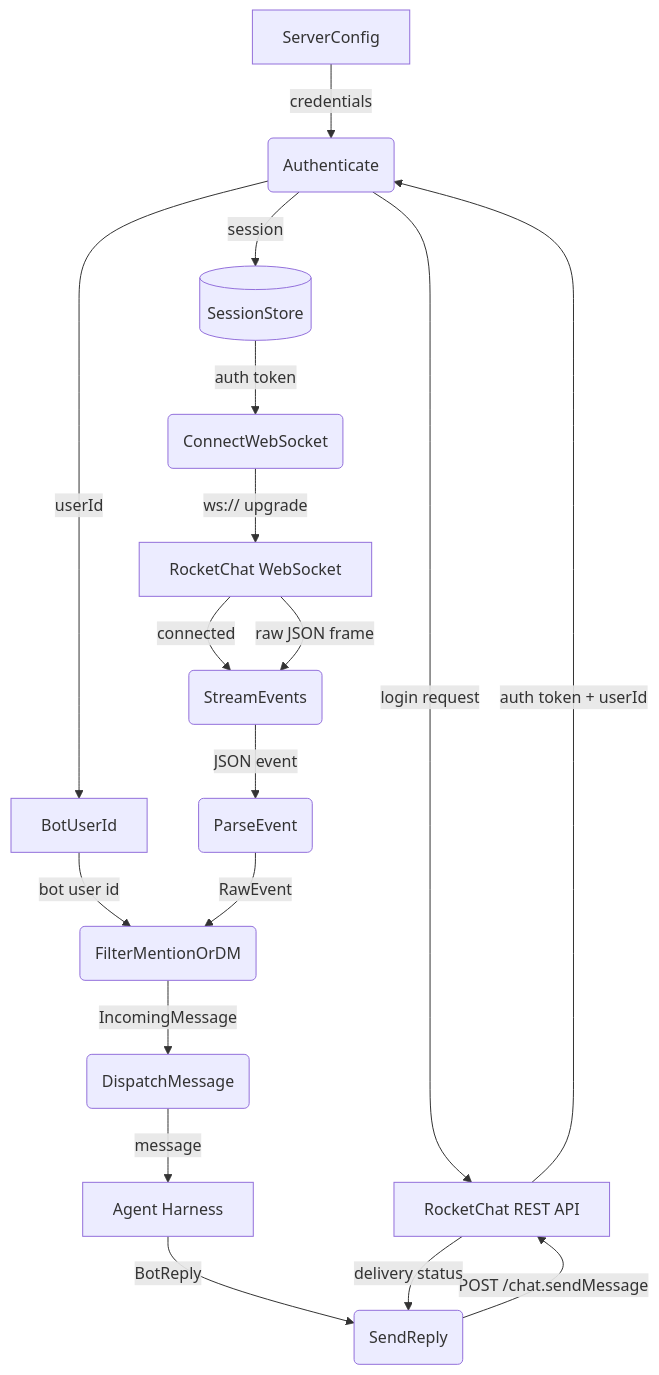
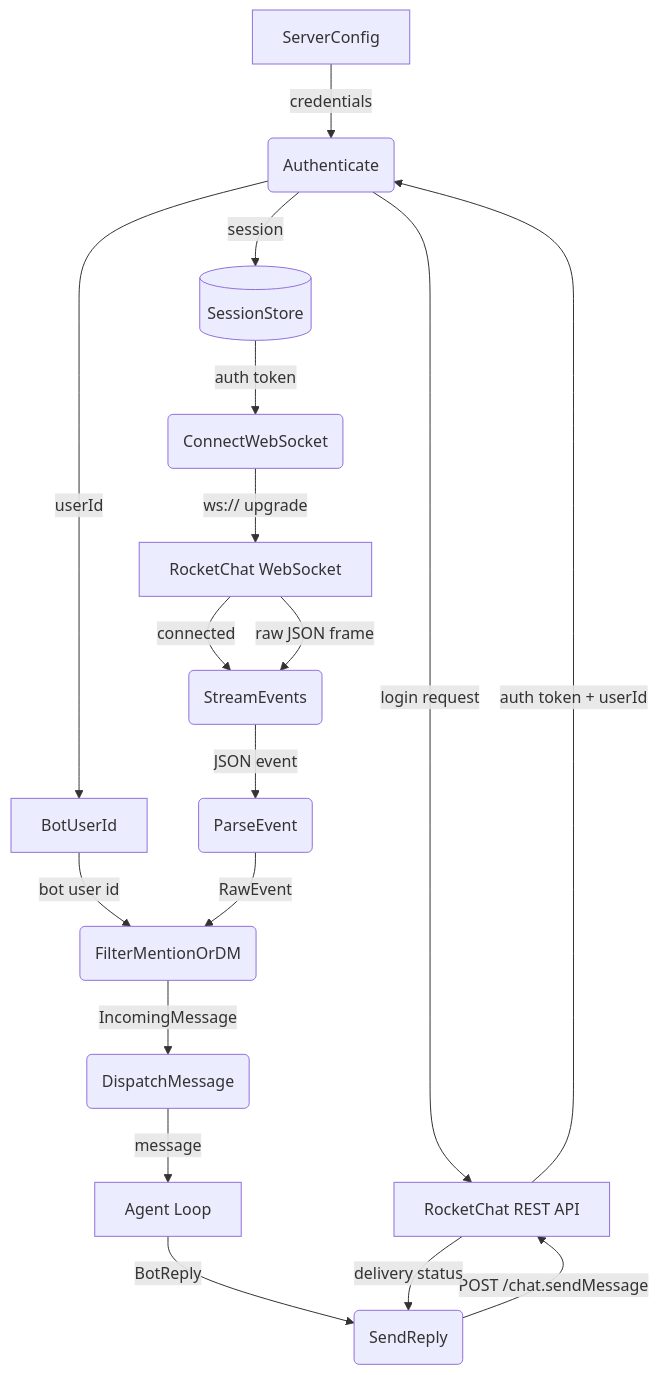
Before and after one commit to cosmoswafer/rockbot: the first of 3 diagrams in _dfds/rocketchat.md, drawn with Mermaid. The commit also changed other lines of this file and 3 other files, not shown here.

````diff
--- a/_dfds/rocketchat.md
+++ b/_dfds/rocketchat.md
@@ -18,34 +18,34 @@
 ```mermaid
 flowchart TD
     CFG[ServerConfig]
     AUTH(Authenticate)
     SESSION[(SessionStore)]
     CONNECT(ConnectWebSocket)
     STREAM(StreamEvents)
     PARSE(ParseEvent)
     FILTER(FilterMentionOrDM)
     DISPATCH(DispatchMessage)
     SEND(SendReply)
     BOT_USER[BotUserId]
-    HARNESS[Agent Harness]
+    HARNESS[Agent Loop]
     RC_API[RocketChat REST API]
     RC_WS[RocketChat WebSocket]
 
     CFG -->|"credentials"| AUTH
     AUTH -->|"login request"| RC_API
     RC_API -->|"auth token + userId"| AUTH
     AUTH -->|"session"| SESSION
     AUTH -->|"userId"| BOT_USER
     SESSION -->|"auth token"| CONNECT
     CONNECT -->|"ws:// upgrade"| RC_WS
     RC_WS -->|"connected"| STREAM
     RC_WS -->|"raw JSON frame"| STREAM
     STREAM -->|"JSON event"| PARSE
     BOT_USER -->|"bot user id"| FILTER
     PARSE -->|"RawEvent"| FILTER
     FILTER -->|"IncomingMessage"| DISPATCH
     DISPATCH -->|"message"| HARNESS
     HARNESS -->|"BotReply"| SEND
     SEND -->|"POST /chat.sendMessage"| RC_API
     RC_API -->|"delivery status"| SEND
 ```
````
